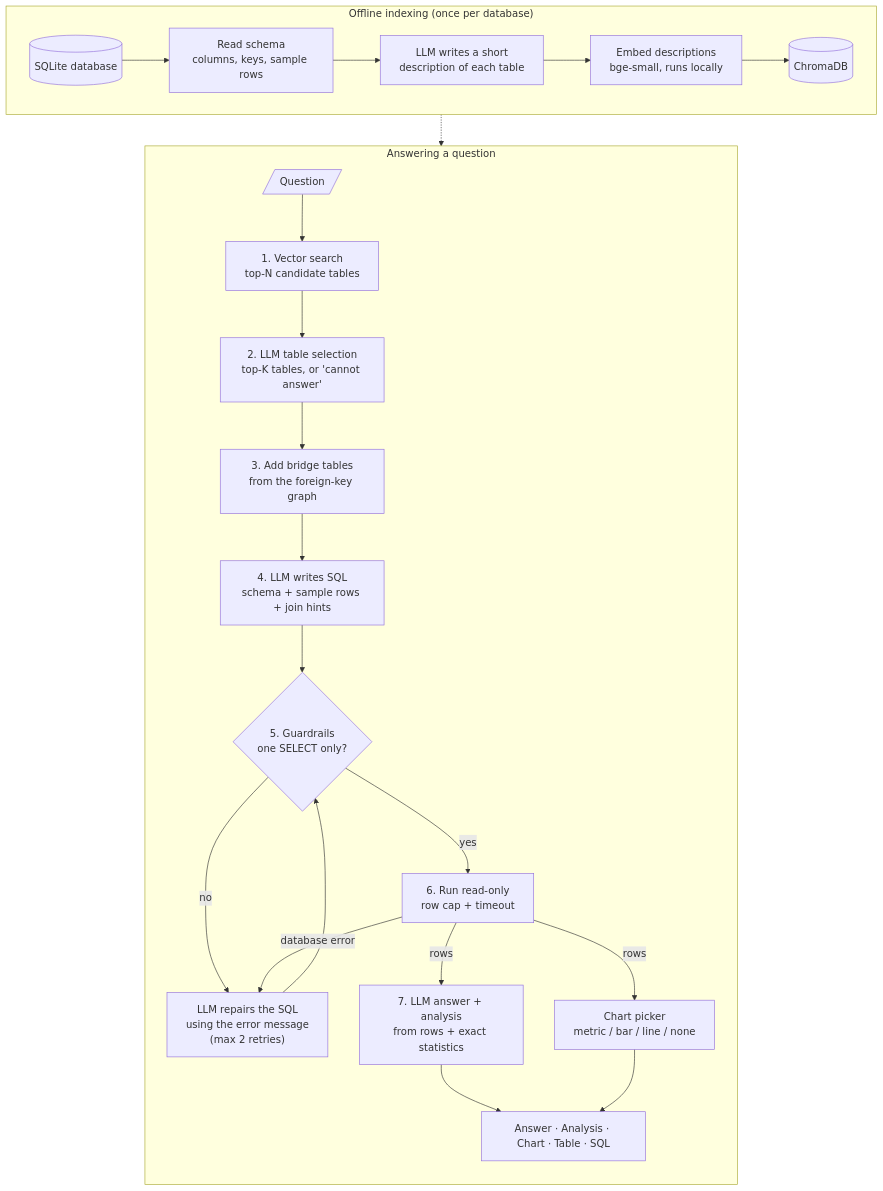
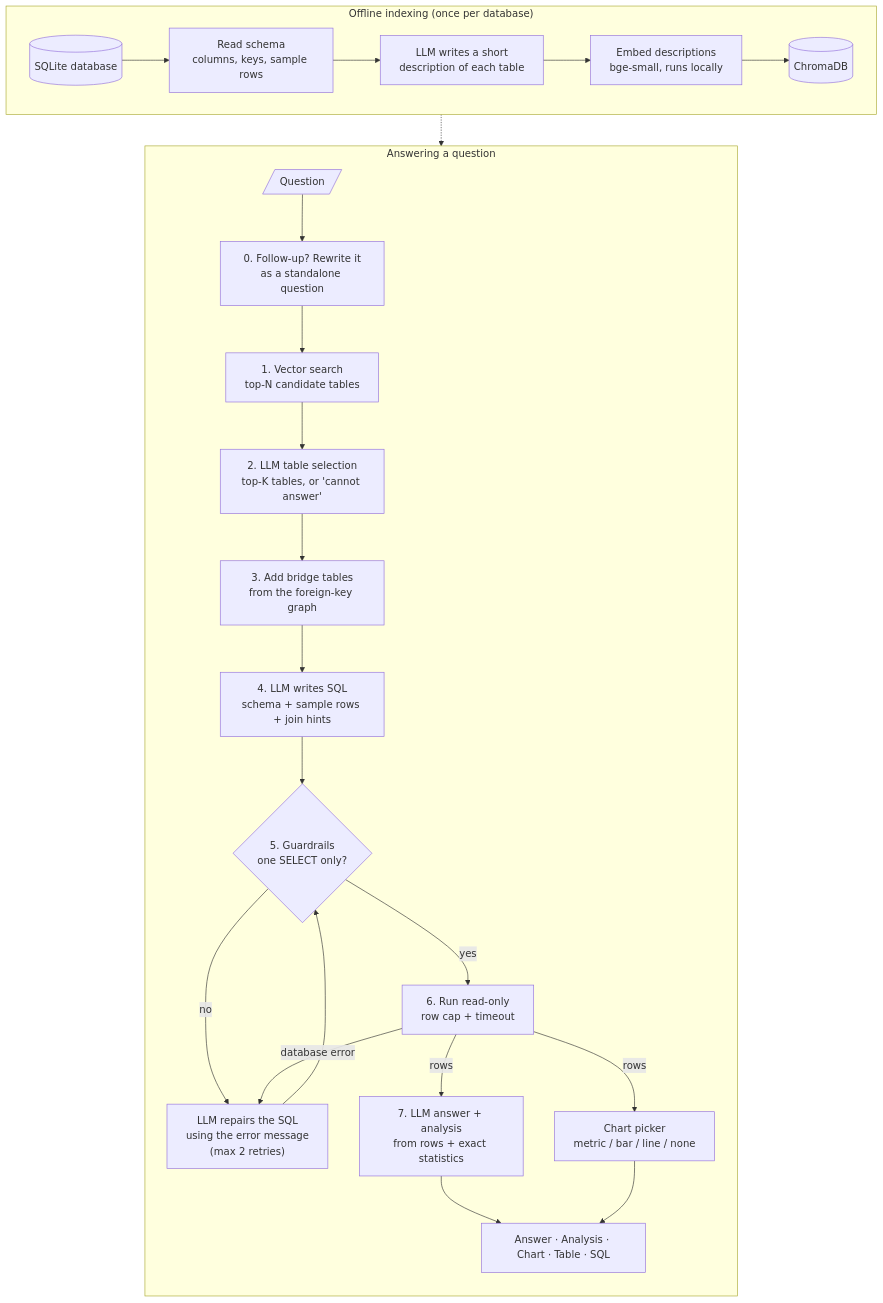
Before and after one commit to VinayakMokashi/text2sql-analyst: the diagram in README.md, drawn with Mermaid. The commit also changed other lines of this file, not shown here.

Commit message:
docs: explain follow-up questions

````diff
--- a/README.md
+++ b/README.md
@@ -95,29 +95,30 @@
 ```mermaid
 flowchart TB
     subgraph OFF["Offline indexing (once per database)"]
         direction LR
         DB[(SQLite database)] --> SCH["Read schema<br/>columns, keys, sample rows"]
         SCH --> DESC["LLM writes a short<br/>description of each table"]
         DESC --> EMB["Embed descriptions<br/>bge-small, runs locally"]
         EMB --> VS[(ChromaDB)]
     end
 
     subgraph ON["Answering a question"]
         direction TB
-        Q[/"Question"/] --> RET["1. Vector search<br/>top-N candidate tables"]
+        Q[/"Question"/] --> FU["0. Follow-up? Rewrite it<br/>as a standalone question"]
+        FU --> RET["1. Vector search<br/>top-N candidate tables"]
         RET --> SEL["2. LLM table selection<br/>top-K tables, or 'cannot answer'"]
         SEL --> JOIN["3. Add bridge tables<br/>from the foreign-key graph"]
         JOIN --> GEN["4. LLM writes SQL<br/>schema + sample rows + join hints"]
         GEN --> GUARD{"5. Guardrails<br/>one SELECT only?"}
         GUARD -- yes --> EXEC["6. Run read-only<br/>row cap + timeout"]
         GUARD -- no --> FIX["LLM repairs the SQL<br/>using the error message<br/>(max 2 retries)"]
         EXEC -- database error --> FIX
         FIX --> GUARD
         EXEC -- rows --> ANA["7. LLM answer + analysis<br/>from rows + exact statistics"]
         EXEC -- rows --> CH["Chart picker<br/>metric / bar / line / none"]
         ANA --> UI["Answer · Analysis · Chart · Table · SQL"]
         CH --> UI
     end
 
     VS -.-> RET
 ```
````
